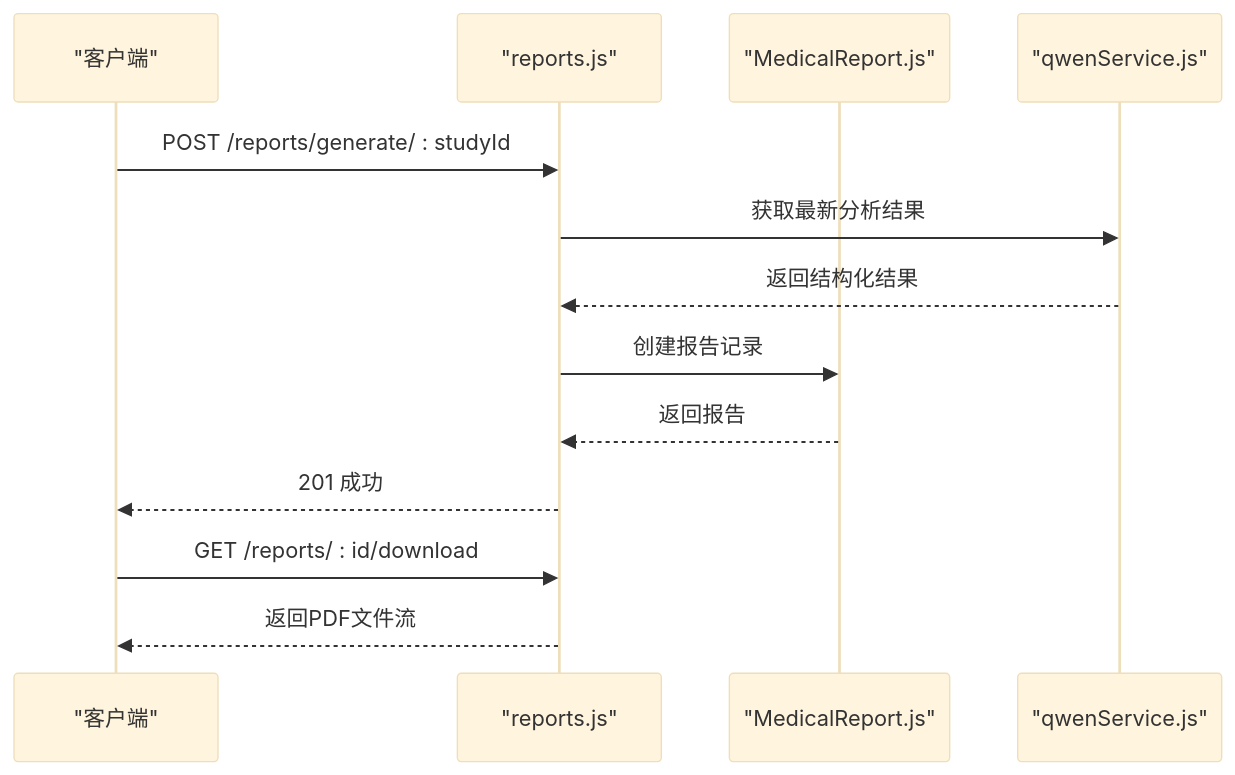
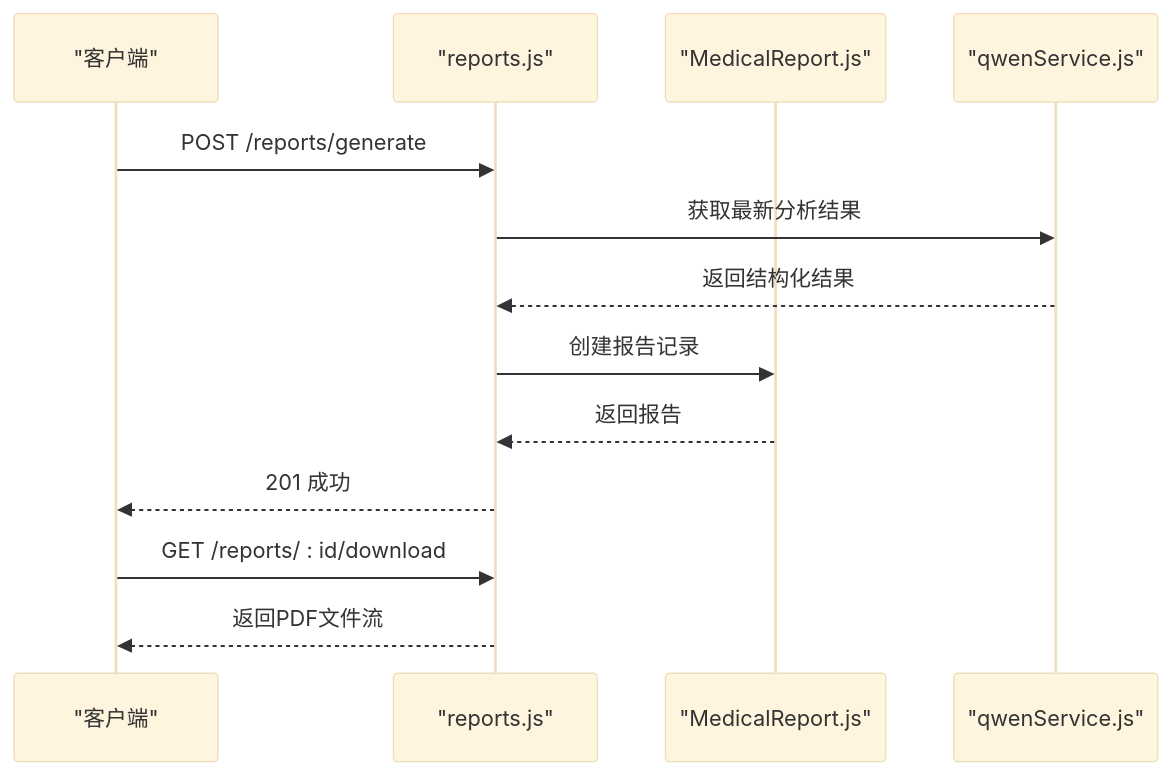
One commit to xingranya/CervixDetectAI changed the fourth of 7 diagrams in wiki/后端架构/API端点参考/报告管理API/PDF报告生成说明.md. Above: the diagram before and after it, drawn with Mermaid (base theme). The commit also changed other lines of this file and 10 other files, not shown here.

````diff
--- a/wiki/后端架构/API端点参考/报告管理API/PDF报告生成说明.md
+++ b/wiki/后端架构/API端点参考/报告管理API/PDF报告生成说明.md
@@ -170,15 +197,15 @@
 ```mermaid
 sequenceDiagram
 participant C as "客户端"
 participant R as "reports.js"
 participant M as "MedicalReport.js"
 participant Q as "qwenService.js"
-C->>R : POST /reports/generate/ : studyId
+C->>R : POST /reports/generate
 R->>Q : 获取最新分析结果
 Q-->>R : 返回结构化结果
 R->>M : 创建报告记录
 M-->>R : 返回报告
 R-->>C : 201 成功
 C->>R : GET /reports/ : id/download
 R-->>C : 返回PDF文件流
 ```
````
